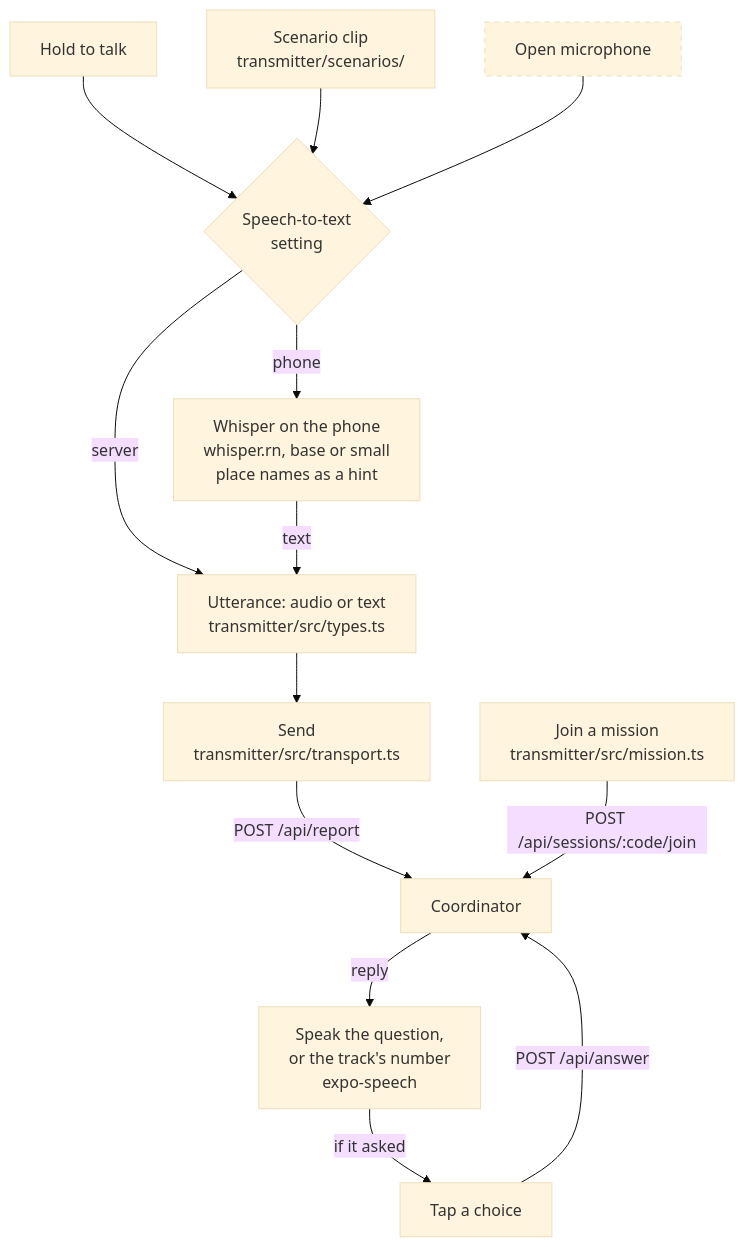
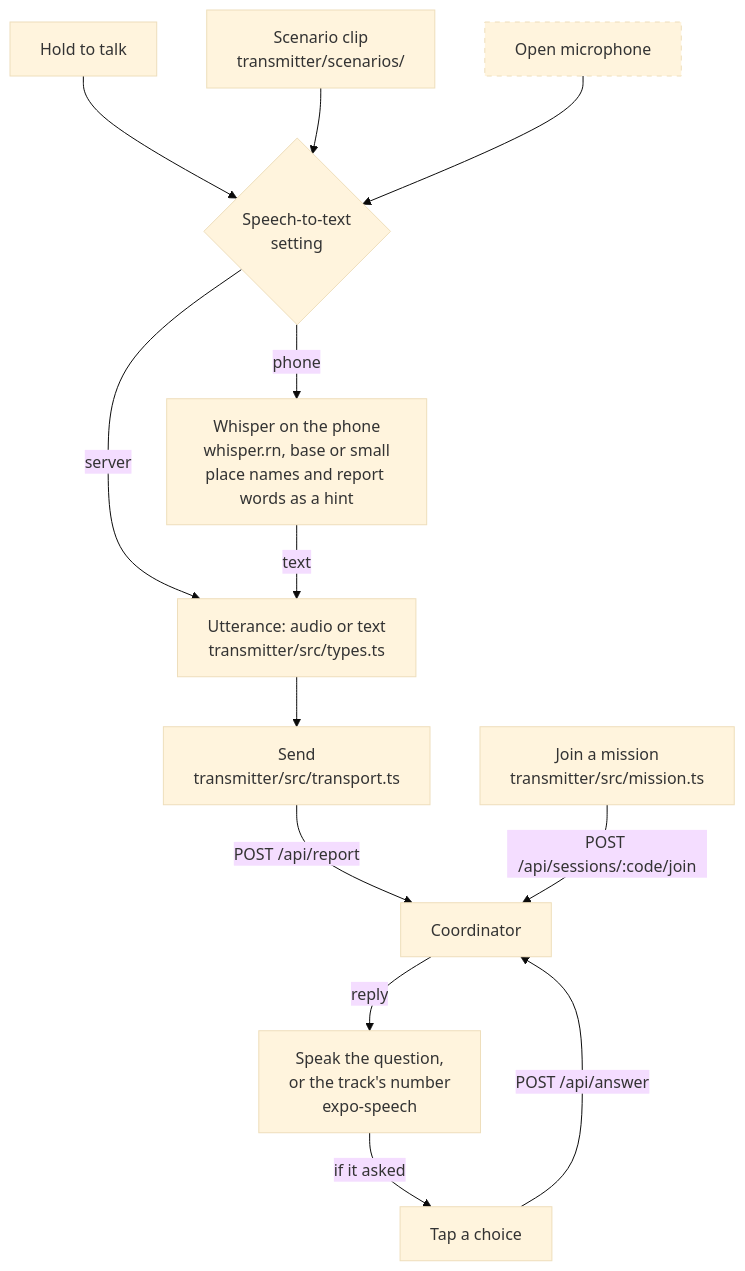
The third of 4 diagrams in docs/architecture.md (adam2765/edth-hackathon), drawn with Mermaid (base theme) before and after one commit. The commit also changed other lines of this file and 12 other files, not shown here.

First line of the commit message:
Speech-to-text: report words in the hints; the phone's prompt fitted to Whisper's 223 tokens

````diff
--- a/docs/architecture.md
+++ b/docs/architecture.md
@@ -91,24 +91,24 @@
 ```mermaid
 flowchart TB
     MIC["Hold to talk"]
     CLIP["Scenario clip<br/>transmitter/scenarios/"]
     OPEN["Open microphone"]:::todo
     STT{"Speech-to-text<br/>setting"}
-    WH["Whisper on the phone<br/>whisper.rn, base or small<br/>place names as a hint"]
+    WH["Whisper on the phone<br/>whisper.rn, base or small<br/>place names and report words as a hint"]
     UTT["Utterance: audio or text<br/>transmitter/src/types.ts"]
     SEND["Send<br/>transmitter/src/transport.ts"]
     JOIN["Join a mission<br/>transmitter/src/mission.ts"]
     CO["Coordinator"]
     SAY["Speak the question,<br/>or the track's number<br/>expo-speech"]
     TAP["Tap a choice"]
 
     MIC & CLIP & OPEN --> STT
     STT -- "server" --> UTT
     STT -- "phone" --> WH -- "text" --> UTT
     UTT --> SEND -- "POST /api/report" --> CO
     JOIN -- "POST /api/sessions/:code/join" --> CO
     CO -- "reply" --> SAY -- "if it asked" --> TAP
     TAP -- "POST /api/answer" --> CO
 
     classDef todo stroke-dasharray: 5 5
 ```
````
